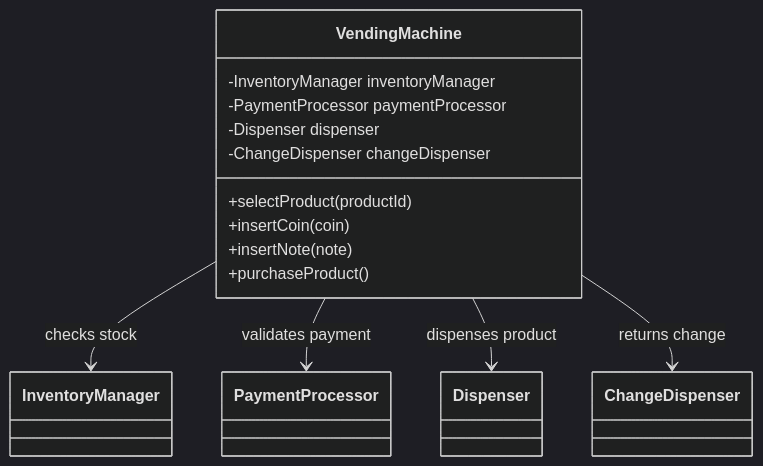
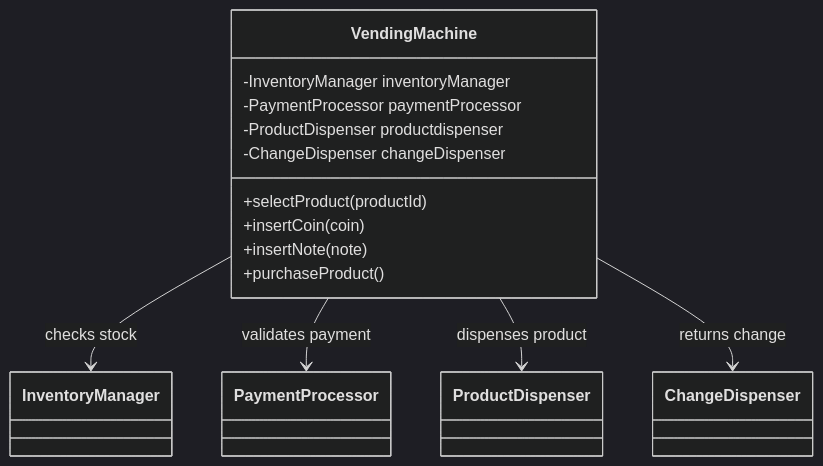
The second of 11 diagrams in app/blog/posts/vending-machine-system.mdx (NishchayAnand/relevant-client), drawn with Mermaid (dark theme) before and after one commit. The commit also changed other lines of this file and 4 other files, not shown here.

Commit message:
understanding the low level design of vending machine

````diff
--- a/app/blog/posts/vending-machine-system.mdx
+++ b/app/blog/posts/vending-machine-system.mdx
@@ -43,18 +100,18 @@
 ```mermaid
 classDiagram
     class VendingMachine {
         -InventoryManager inventoryManager
         -PaymentProcessor paymentProcessor
-        -Dispenser dispenser
+        -ProductDispenser productdispenser
         -ChangeDispenser changeDispenser
         +selectProduct(productId)
         +insertCoin(coin)
         +insertNote(note)
         +purchaseProduct()
     }
 
     VendingMachine --> InventoryManager : checks stock
     VendingMachine --> PaymentProcessor : validates payment
-    VendingMachine --> Dispenser : dispenses product
+    VendingMachine --> ProductDispenser : dispenses product
     VendingMachine --> ChangeDispenser : returns change
 ```
````
